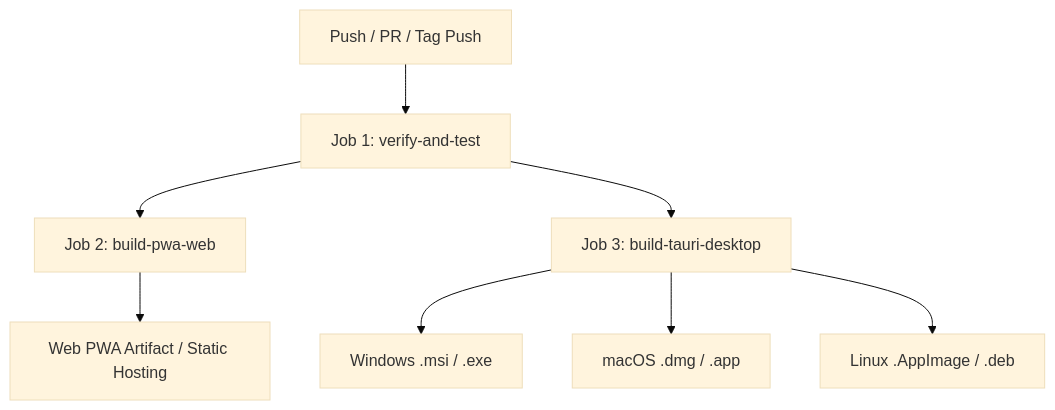
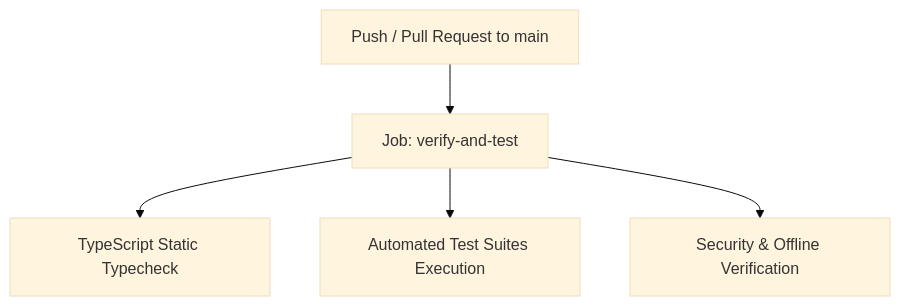
One commit to Cara-Instan/DevDot changed the diagram in docs/CI_CD.md. Above: the diagram before and after it, drawn with Mermaid (base theme). The commit also changed other lines of this file and 2 other files, not shown here.

````diff
--- a/docs/CI_CD.md
+++ b/docs/CI_CD.md
@@ -11,10 +11,7 @@
 ```mermaid
 graph TD
-    A[Push / PR / Tag Push] --> B[Job 1: verify-and-test]
-    B --> C[Job 2: build-pwa-web]
-    B --> D[Job 3: build-tauri-desktop]
-    C --> E[Web PWA Artifact / Static Hosting]
-    D --> F[Windows .msi / .exe]
-    D --> G[macOS .dmg / .app]
-    D --> H[Linux .AppImage / .deb]
+    A[Push / Pull Request to main] --> B[Job: verify-and-test]
+    B --> C[TypeScript Static Typecheck]
+    B --> D[Automated Test Suites Execution]
+    B --> E[Security & Offline Verification]
 ```
````
